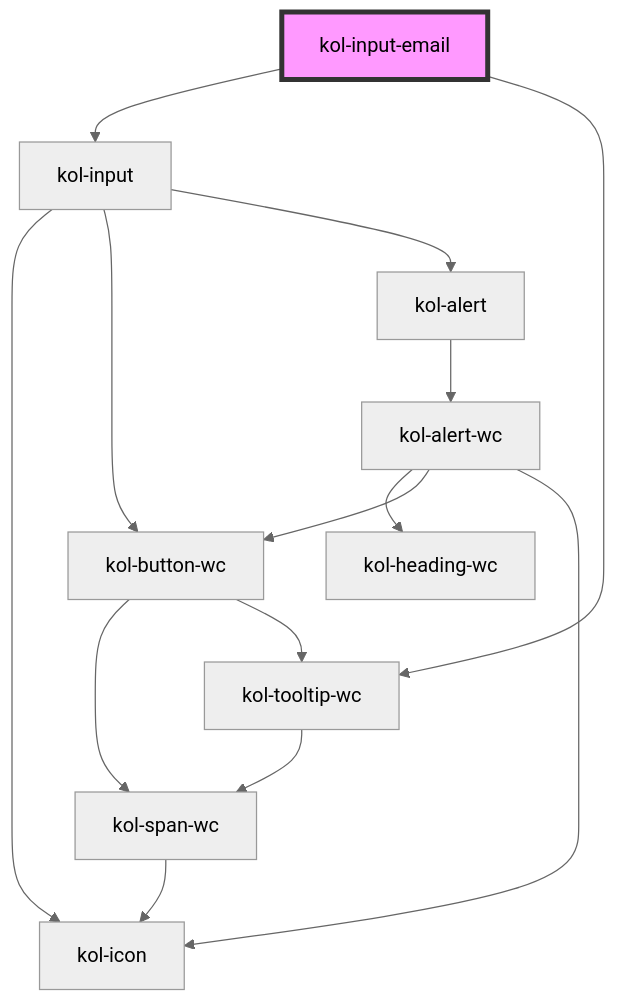
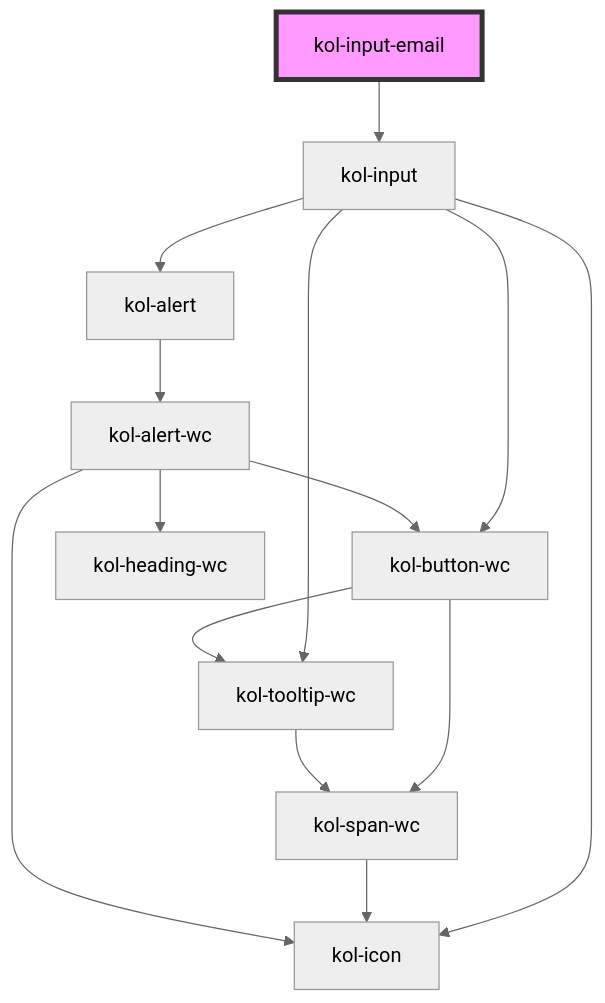
Before and after one commit to public-ui/kolibri: the diagram in packages/components/src/components/input-email/readme.md, drawn with Mermaid (neutral theme). The commit also changed other lines of this file and 69 other files, not shown here.

Commit message:
refactor: input tooltip samples

````diff
--- a/packages/components/src/components/input-email/readme.md
+++ b/packages/components/src/components/input-email/readme.md
@@ -93,17 +92,17 @@
 ```mermaid
 graph TD;
   kol-input-email --> kol-input
-  kol-input-email --> kol-tooltip-wc
   kol-input --> kol-icon
   kol-input --> kol-button-wc
+  kol-input --> kol-tooltip-wc
   kol-input --> kol-alert
   kol-button-wc --> kol-span-wc
   kol-button-wc --> kol-tooltip-wc
   kol-span-wc --> kol-icon
   kol-tooltip-wc --> kol-span-wc
   kol-alert --> kol-alert-wc
   kol-alert-wc --> kol-heading-wc
   kol-alert-wc --> kol-button-wc
   kol-alert-wc --> kol-icon
   style kol-input-email fill:#f9f,stroke:#333,stroke-width:4px
 ```
````
